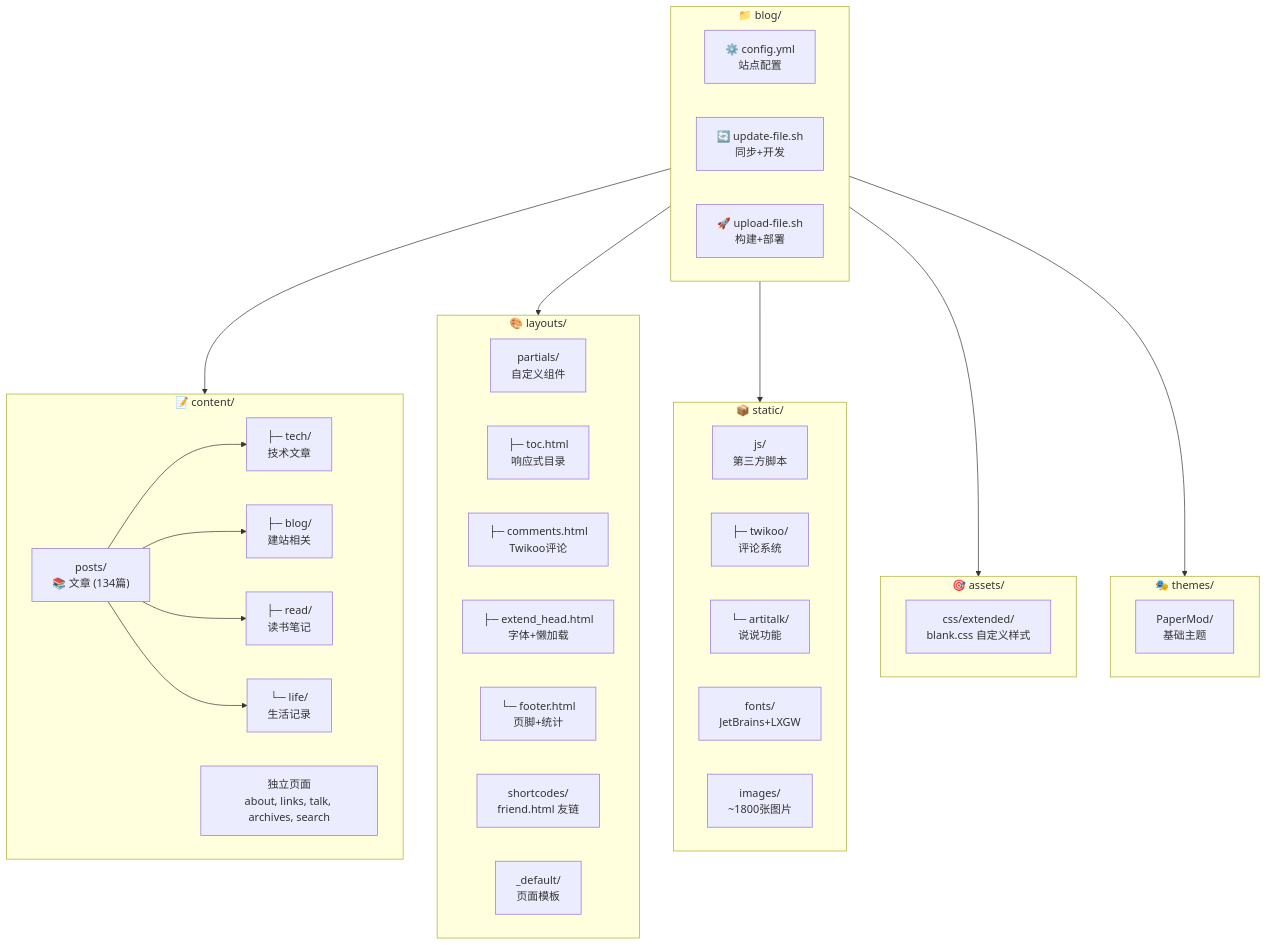
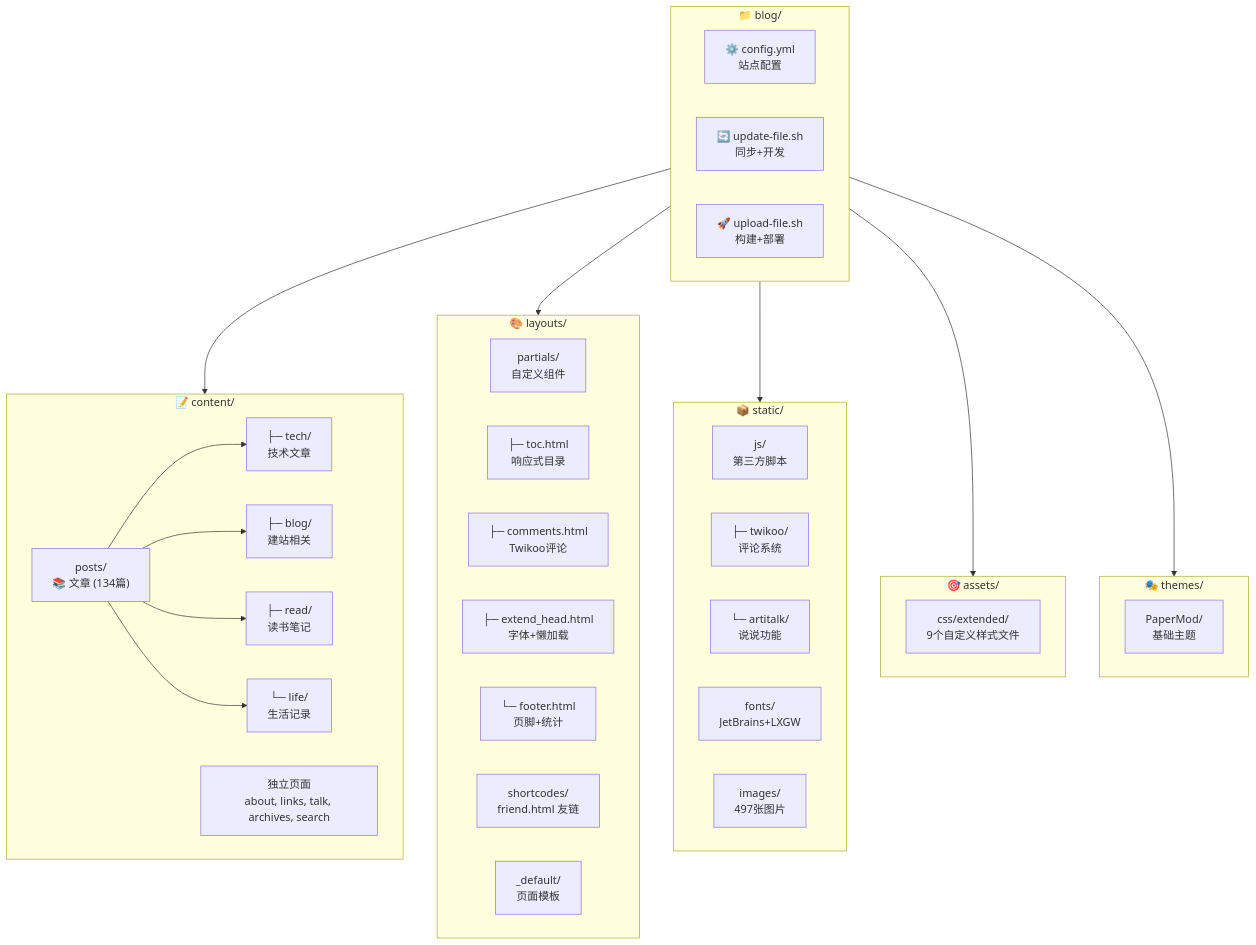
The diagram in CLAUDE.md (lvbibir/lvbibir.github.io), drawn with Mermaid before and after one commit. The commit also changed other lines of this file, not shown here.

````diff
--- a/CLAUDE.md
+++ b/CLAUDE.md
@@ -17,54 +17,54 @@
 ```mermaid
 graph TB
     subgraph Root["📁 blog/"]
         CONFIG["⚙️ config.yml<br/>站点配置"]
         UPDATE["🔄 update-file.sh<br/>同步+开发"]
         UPLOAD["🚀 upload-file.sh<br/>构建+部署"]
     end
 
     subgraph Content["📝 content/"]
         POSTS["posts/<br/>📚 文章 (134篇)"]
         TECH["├─ tech/<br/>技术文章"]
         BLOG["├─ blog/<br/>建站相关"]
         READ["├─ read/<br/>读书笔记"]
         LIFE["└─ life/<br/>生活记录"]
         PAGES["独立页面<br/>about, links, talk, archives, search"]
     end
 
     subgraph Layouts["🎨 layouts/"]
         PARTIALS["partials/<br/>自定义组件"]
         TOC["├─ toc.html<br/>响应式目录"]
         COMMENTS["├─ comments.html<br/>Twikoo评论"]
         EXTEND["├─ extend_head.html<br/>字体+懒加载"]
         FOOTER["└─ footer.html<br/>页脚+统计"]
         SHORTCODES["shortcodes/<br/>friend.html 友链"]
         DEFAULTS["_default/<br/>页面模板"]
     end
 
     subgraph Static["📦 static/"]
         JS["js/<br/>第三方脚本"]
         TWIKOO["├─ twikoo/<br/>评论系统"]
         ARTITALK["└─ artitalk/<br/>说说功能"]
         FONTS["fonts/<br/>JetBrains+LXGW"]
-        IMAGES["images/<br/>~1800张图片"]
+        IMAGES["images/<br/>497张图片"]
     end
 
     subgraph Assets["🎯 assets/"]
-        CSS["css/extended/<br/>blank.css 自定义样式"]
+        CSS["css/extended/<br/>9个自定义样式文件"]
     end
 
     subgraph Theme["🎭 themes/"]
         PAPERMOD["PaperMod/<br/>基础主题"]
     end
 
     Root --> Content
     Root --> Layouts
     Root --> Static
     Root --> Assets
     Root --> Theme
 
     POSTS --> TECH
     POSTS --> BLOG
     POSTS --> READ
     POSTS --> LIFE
 ```
````
